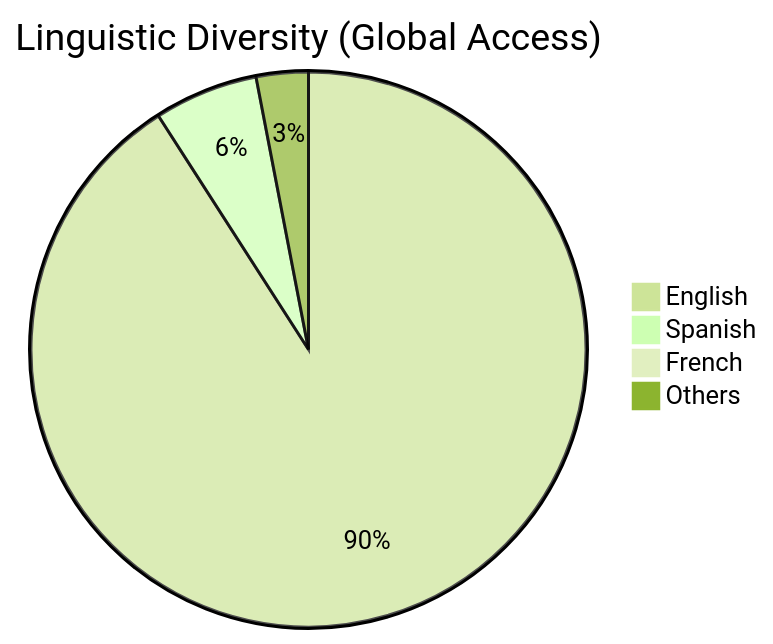
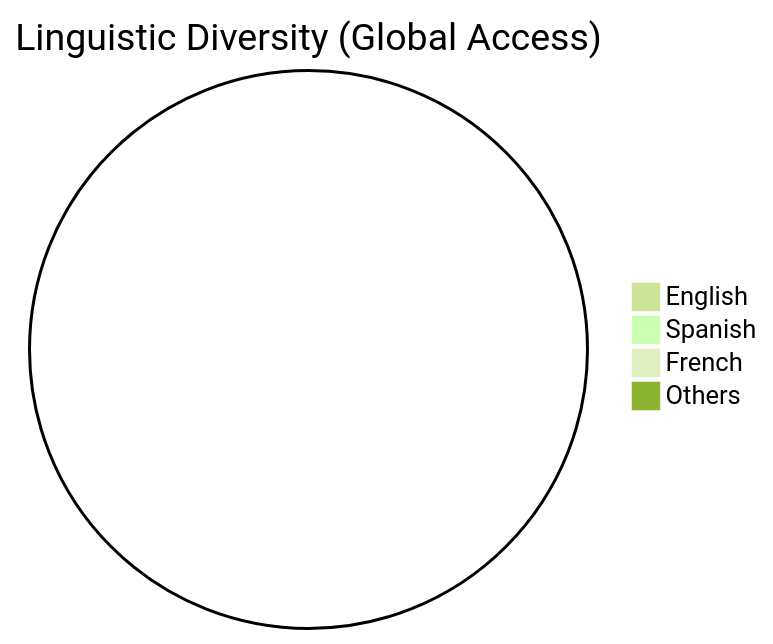
Before and after one commit to sec-js/awesome-kubernetes: the third of 10 diagrams in README.md, drawn with Mermaid (forest theme). The commit also changed other lines of this file, not shown here.

````diff
--- a/README.md
+++ b/README.md
@@ -239,7 +228,7 @@
 ```mermaid
 pie title Linguistic Diversity (Global Access)
-    "English" : 13896
-    "Spanish" : 926
-    "French" : 154
-    "Others" : 463
+    "English" : 0
+    "Spanish" : 0
+    "French" : 0
+    "Others" : 0
 ```
````
